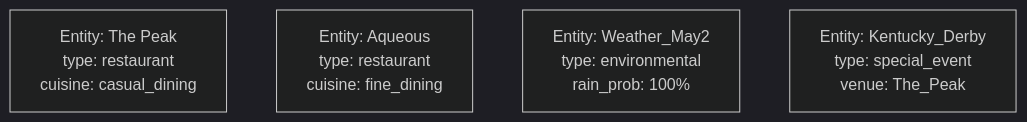
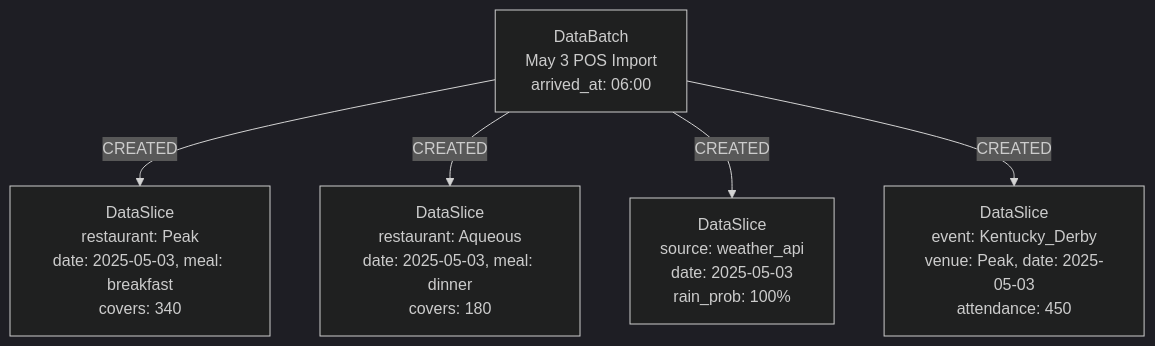
Before and after one commit to maxshuang/graphiti: the eighth of 14 diagrams in docs/understanding_layer_design.md, drawn with Mermaid (dark theme). The commit also changed other lines of this file, not shown here.

Commit message:
feat: Update implementation phasing and enhance mermaid diagrams for clarity and detail

````diff
--- a/docs/understanding_layer_design.md
+++ b/docs/understanding_layer_design.md
@@ -352,7 +350,14 @@
 ```mermaid
 graph TD
-    Store1[Entity: The Peak<br/>type: restaurant<br/>cuisine: casual_dining]
-    Store2[Entity: Aqueous<br/>type: restaurant<br/>cuisine: fine_dining]
-    Weather[Entity: Weather_May2<br/>type: environmental<br/>rain_prob: 100%]
-    Event1[Entity: Kentucky_Derby<br/>type: special_event<br/>venue: The_Peak]
+    DB[DataBatch<br/>May 3 POS Import<br/>arrived_at: 06:00]
+    
+    DS1[DataSlice<br/>restaurant: Peak<br/>date: 2025-05-03, meal: breakfast<br/>covers: 340]
+    DS2[DataSlice<br/>restaurant: Aqueous<br/>date: 2025-05-03, meal: dinner<br/>covers: 180] 
+    DS3[DataSlice<br/>source: weather_api<br/>date: 2025-05-03<br/>rain_prob: 100%]
+    DS4[DataSlice<br/>event: Kentucky_Derby<br/>venue: Peak, date: 2025-05-03<br/>attendance: 450]
+    
+    DB -->|CREATED| DS1
+    DB -->|CREATED| DS2
+    DB -->|CREATED| DS3
+    DB -->|CREATED| DS4
 ```
````
